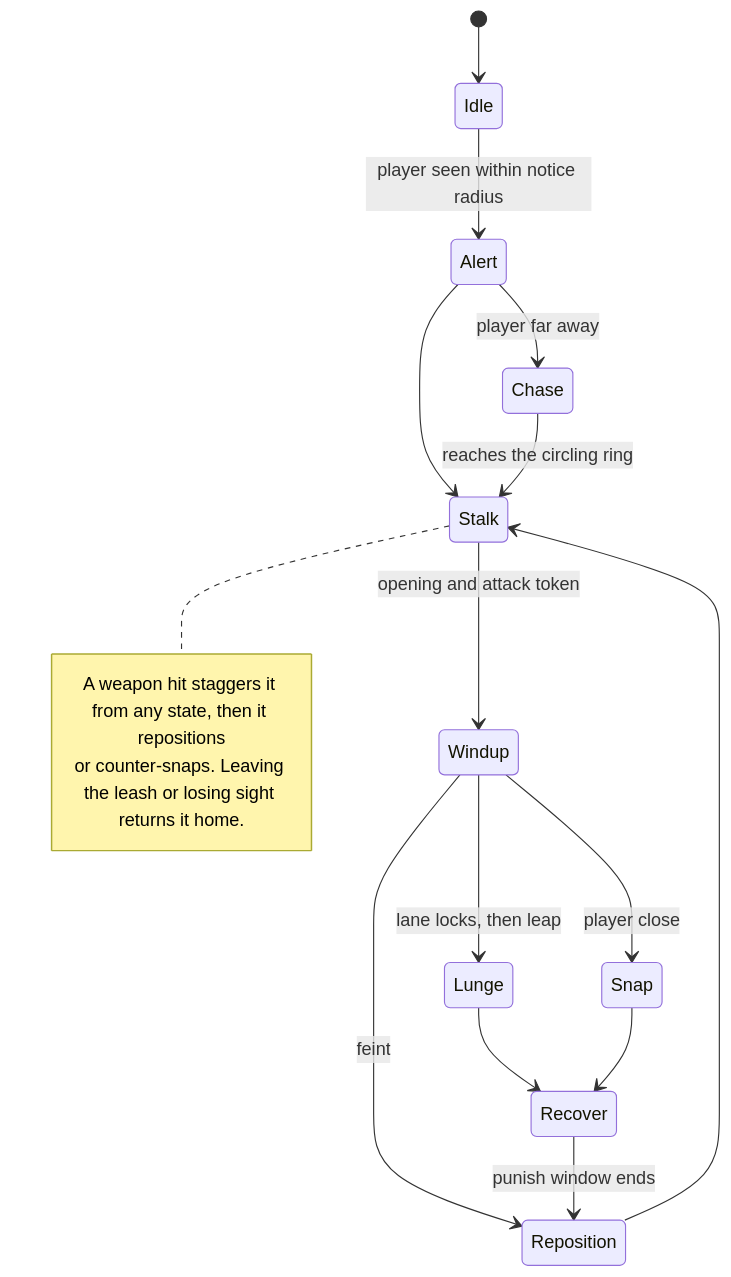
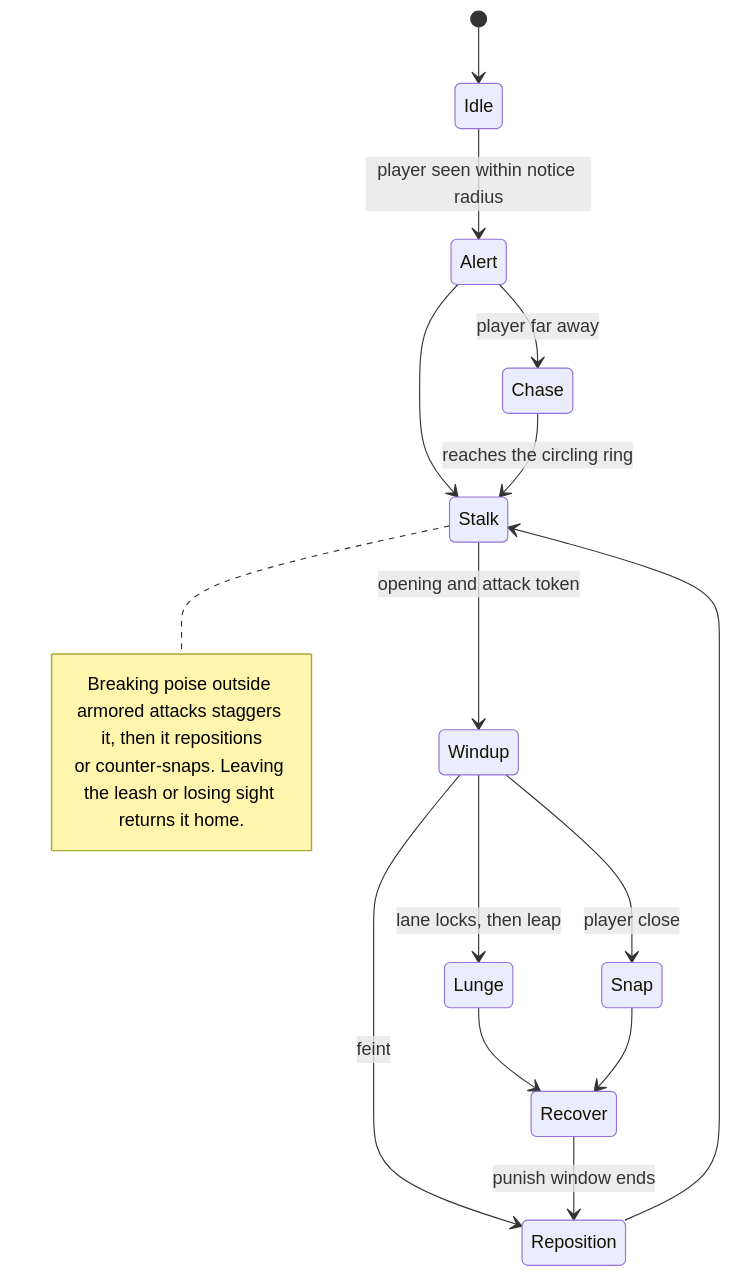
One commit to Ronno7/RoadOfTheOldKing changed the fourth of 6 diagrams in Docs/SystemsOverview.md. Above: the diagram before and after it, drawn with Mermaid. The commit also changed other lines of this file and 674 other files, not shown here.

````diff
--- a/Docs/SystemsOverview.md
+++ b/Docs/SystemsOverview.md
@@ -213,20 +214,20 @@
 ```mermaid
 stateDiagram-v2
   [*] --> Idle
   Idle --> Alert: player seen within notice radius
   Alert --> Chase: player far away
   Alert --> Stalk
   Chase --> Stalk: reaches the circling ring
   Stalk --> Windup: opening and attack token
   Windup --> Lunge: lane locks, then leap
   Windup --> Snap: player close
   Windup --> Reposition: feint
   Lunge --> Recover
   Snap --> Recover
   Recover --> Reposition: punish window ends
   Reposition --> Stalk
   note right of Stalk
-    A weapon hit staggers it from any state, then it repositions
+    Breaking poise outside armored attacks staggers it, then it repositions
     or counter-snaps. Leaving the leash or losing sight returns it home.
   end note
 ```
````
